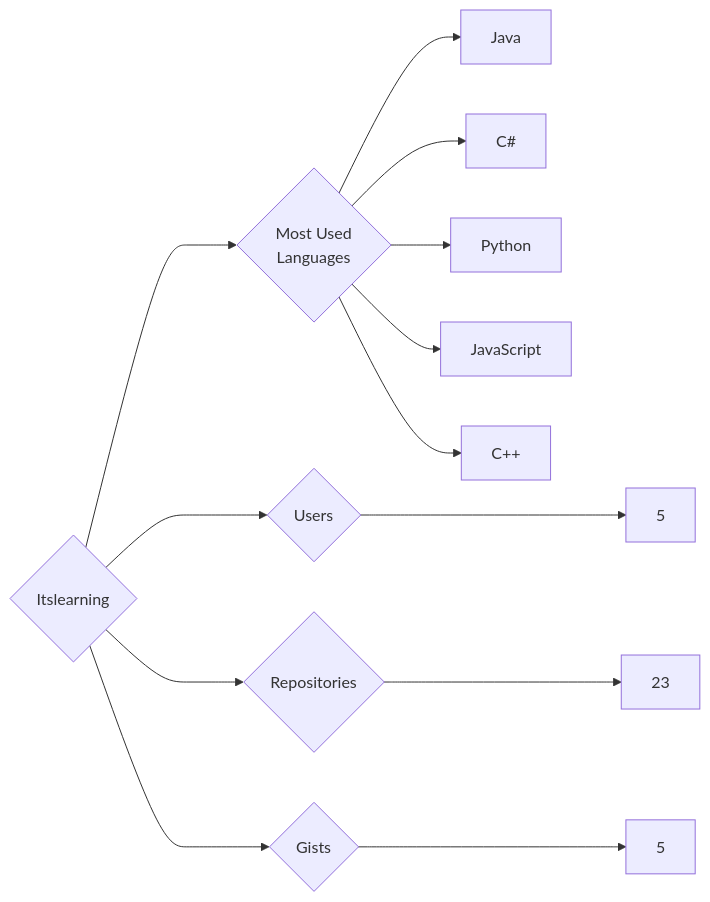
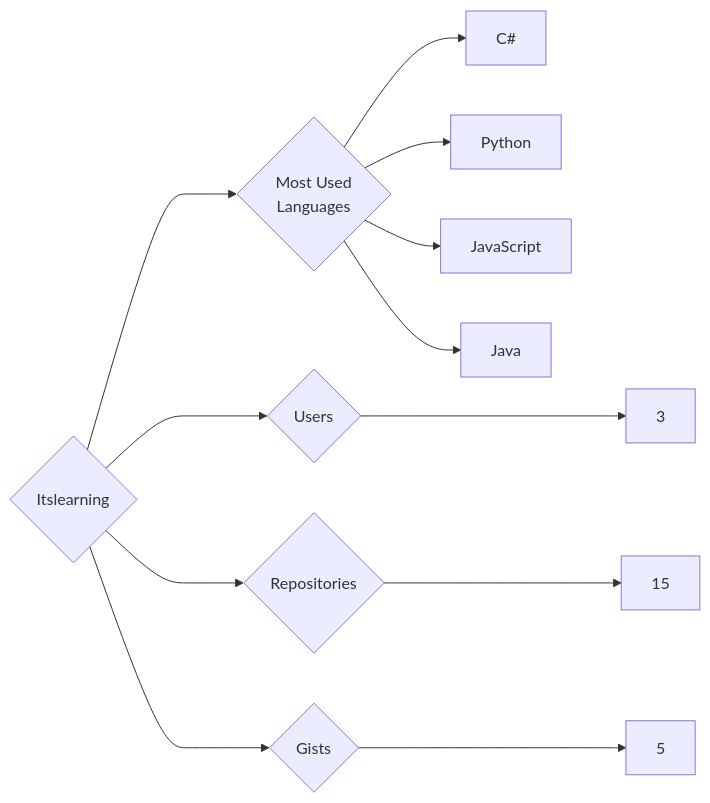
Before and after one commit to trickest/insiders: the diagram in targets/Itslearning/README.md, drawn with Mermaid. The commit also changed 1092 other files, not shown here.

````diff
--- a/targets/Itslearning/README.md
+++ b/targets/Itslearning/README.md
@@ -3,13 +3,12 @@
 ```mermaid
 graph LR
 COMPANY_NAME{Itslearning}
-COMPANY_NAME ---> U{Users} ---> UN[5]
-COMPANY_NAME ---> R{Repositories} ---> RN[23]
+COMPANY_NAME ---> U{Users} ---> UN[3]
+COMPANY_NAME ---> R{Repositories} ---> RN[15]
 COMPANY_NAME ---> G{Gists} ---> GN[5]
 COMPANY_NAME ---> ML{Most Used<br>Languages}
-ML --> Java[Java]
 ML --> C#[C#]
 ML --> Python[Python]
 ML --> JavaScript[JavaScript]
-ML --> C++[C++]
+ML --> Java[Java]
 ```
````
